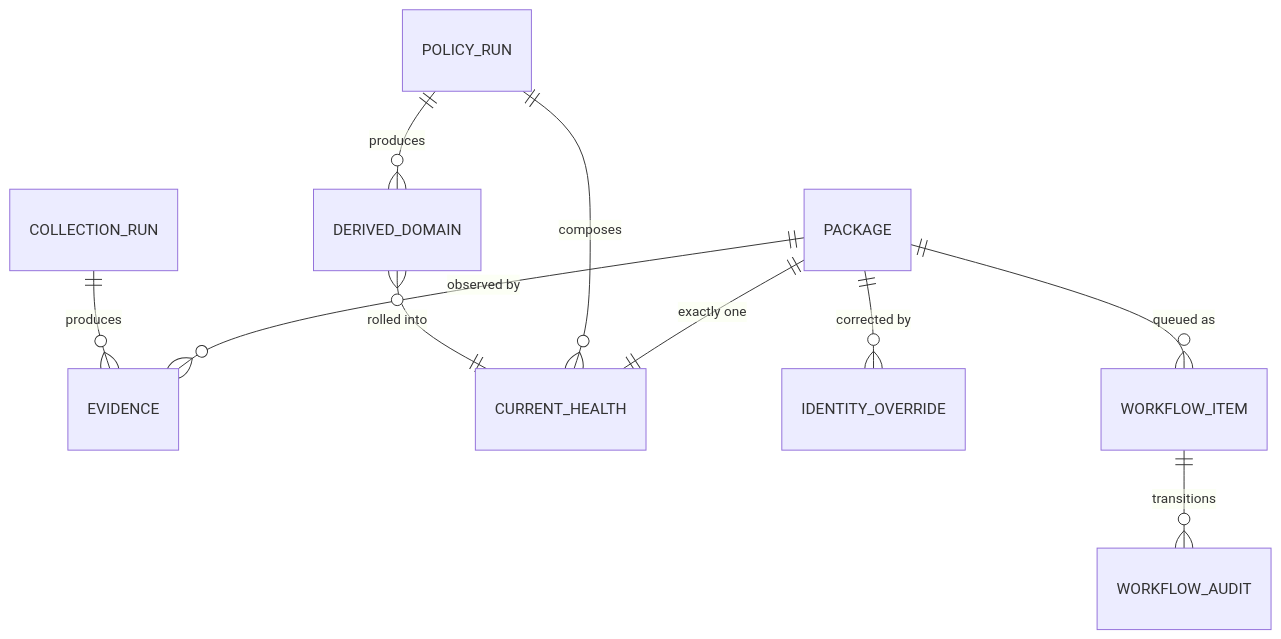
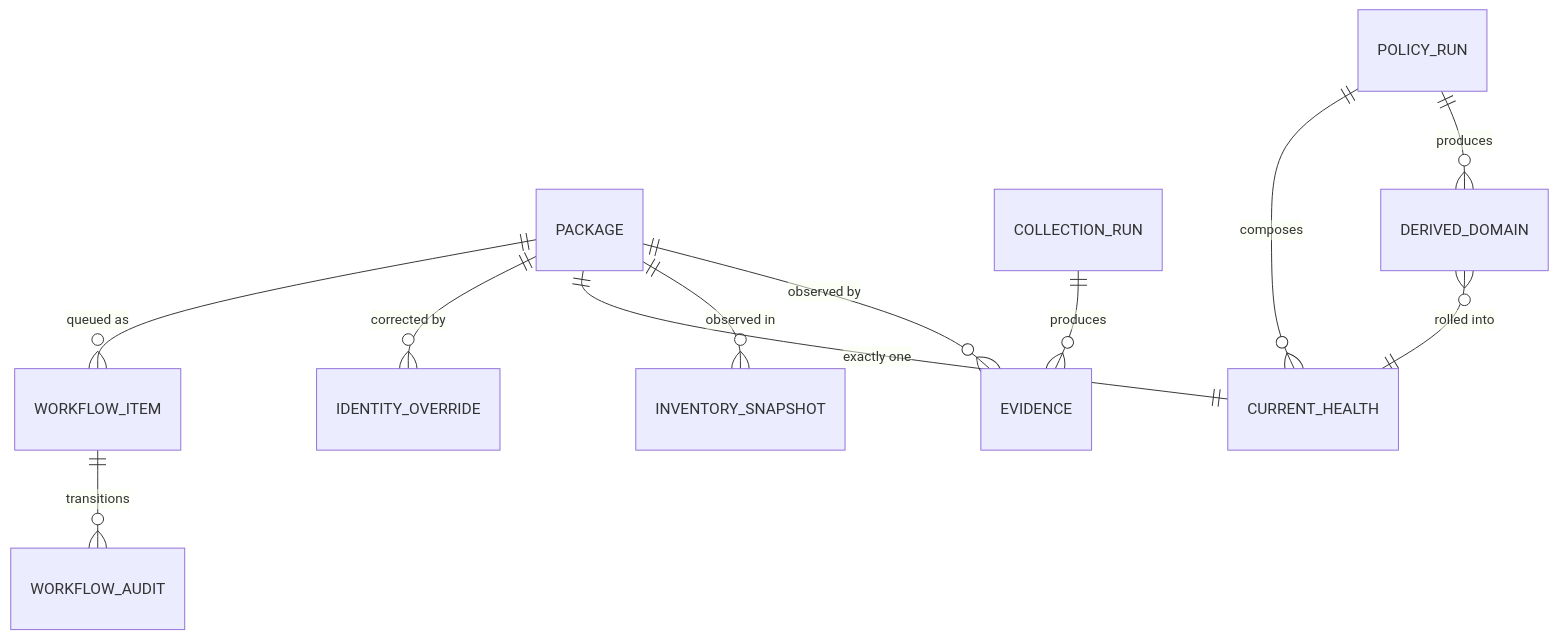
One commit to millsks/conda-package-supply-chain-monitor changed the fourth of 4 diagrams in _bmad-output/planning-artifacts/architecture/architecture-conda-package-supply-chain-monitor-2026-09-02/ARCHITECTURE-SPINE.md. Above: the diagram before and after it, drawn with Mermaid. The commit also changed other lines of this file and 4 other files, not shown here.

````diff
--- a/_bmad-output/planning-artifacts/architecture/architecture-conda-package-supply-chain-monitor-2026-09-02/ARCHITECTURE-SPINE.md
+++ b/_bmad-output/planning-artifacts/architecture/architecture-conda-package-supply-chain-monitor-2026-09-02/ARCHITECTURE-SPINE.md
@@ -569,12 +596,13 @@
 ```mermaid
 erDiagram
   PACKAGE ||--o{ EVIDENCE : "observed by"
+  PACKAGE ||--o{ INVENTORY_SNAPSHOT : "observed in"
   PACKAGE ||--|| CURRENT_HEALTH : "exactly one"
   PACKAGE ||--o{ IDENTITY_OVERRIDE : "corrected by"
   PACKAGE ||--o{ WORKFLOW_ITEM : "queued as"
   WORKFLOW_ITEM ||--o{ WORKFLOW_AUDIT : "transitions"
   COLLECTION_RUN ||--o{ EVIDENCE : produces
   POLICY_RUN ||--o{ DERIVED_DOMAIN : produces
   POLICY_RUN ||--o{ CURRENT_HEALTH : composes
   DERIVED_DOMAIN }o--|| CURRENT_HEALTH : "rolled into"
 ```
````
